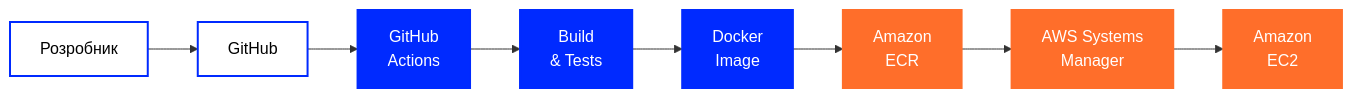
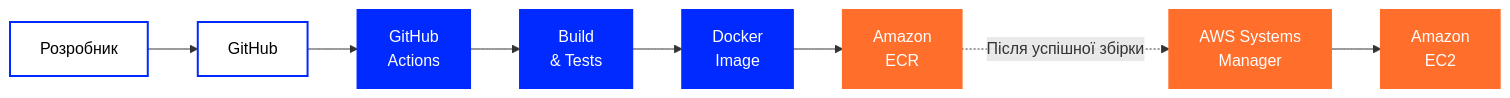
The second of 2 diagrams in README.uk.md (tr3ba/.github), drawn with Mermaid before and after one commit. The commit also changed other lines of this file and 7 other files, not shown here.

````diff
--- a/README.uk.md
+++ b/README.uk.md
@@ -355,29 +368,29 @@
 ```mermaid
 flowchart LR
 
     DEV["Розробник"]
     GH["GitHub"]
     ACTIONS["GitHub<br/>Actions"]
     TEST["Build<br/>& Tests"]
     DOCKER["Docker<br/>Image"]
     ECR["Amazon<br/>ECR"]
     SSM["AWS Systems<br/>Manager"]
     EC2["Amazon<br/>EC2"]
 
     DEV --> GH
     GH --> ACTIONS
     ACTIONS --> TEST
     TEST --> DOCKER
     DOCKER --> ECR
-    ECR --> SSM
+    ECR -.->|"Після успішної збірки"| SSM
     SSM --> EC2
 
     style DEV fill:#ffffff,color:#000000,stroke:#002AFF,stroke-width:2px
     style GH fill:#ffffff,color:#000000,stroke:#002AFF,stroke-width:2px
     style ACTIONS fill:#002AFF,color:#ffffff,stroke:#002AFF,stroke-width:2px
     style TEST fill:#002AFF,color:#ffffff,stroke:#002AFF,stroke-width:2px
     style DOCKER fill:#002AFF,color:#ffffff,stroke:#002AFF,stroke-width:2px
     style ECR fill:#FF6E2A,color:#ffffff,stroke:#FF6E2A,stroke-width:2px
     style SSM fill:#FF6E2A,color:#ffffff,stroke:#FF6E2A,stroke-width:2px
     style EC2 fill:#FF6E2A,color:#ffffff,stroke:#FF6E2A,stroke-width:2px
 ```
````
